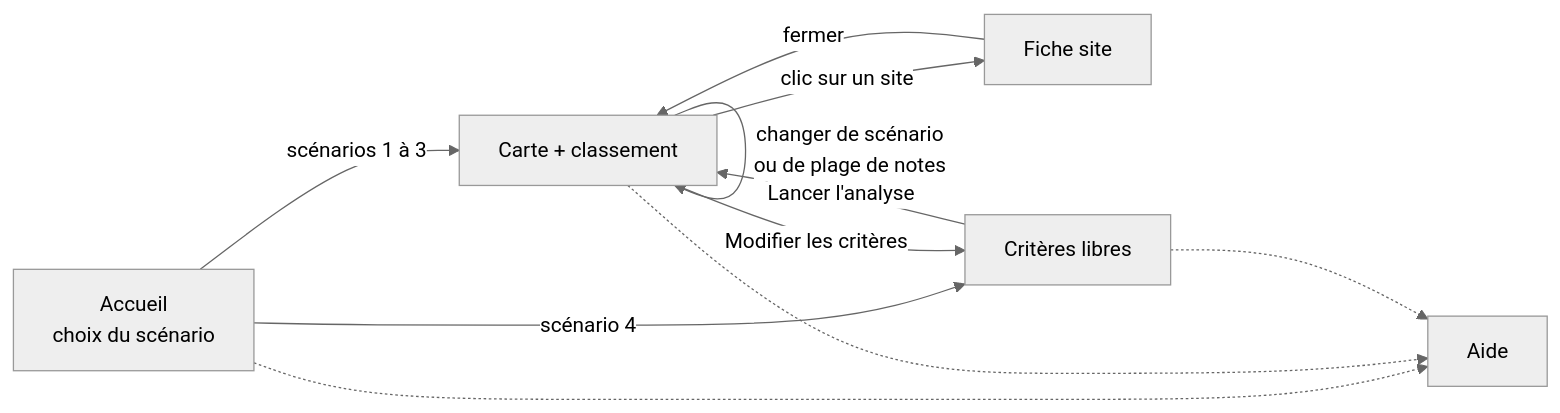
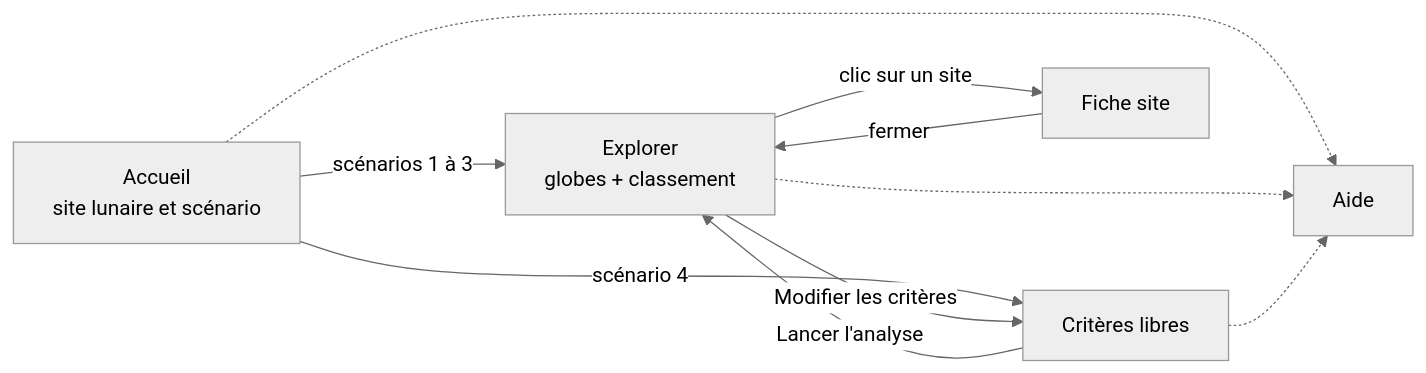
One commit to ddmp3/EarthMoon changed the diagram in docs/parcours-utilisateur.md. Above: the diagram before and after it, drawn with Mermaid (neutral theme). The commit also changed other lines of this file and 21 other files, not shown here.

````diff
--- a/docs/parcours-utilisateur.md
+++ b/docs/parcours-utilisateur.md
@@ -32,11 +34,10 @@
 ```mermaid
 flowchart LR
-  A[Accueil<br/>choix du scénario] -->|scénarios 1 à 3| C[Carte + classement]
+  A[Accueil<br/>site lunaire et scénario] -->|scénarios 1 à 3| C[Explorer<br/>globes + classement]
   A -->|scénario 4| F[Critères libres]
   F -->|Lancer l'analyse| C
   C -->|clic sur un site| S[Fiche site]
   S -->|fermer| C
-  C -->|changer de scénario<br/>ou de plage de notes| C
   C -->|Modifier les critères| F
   A & C & F -.-> H[Aide]
 ```
````
